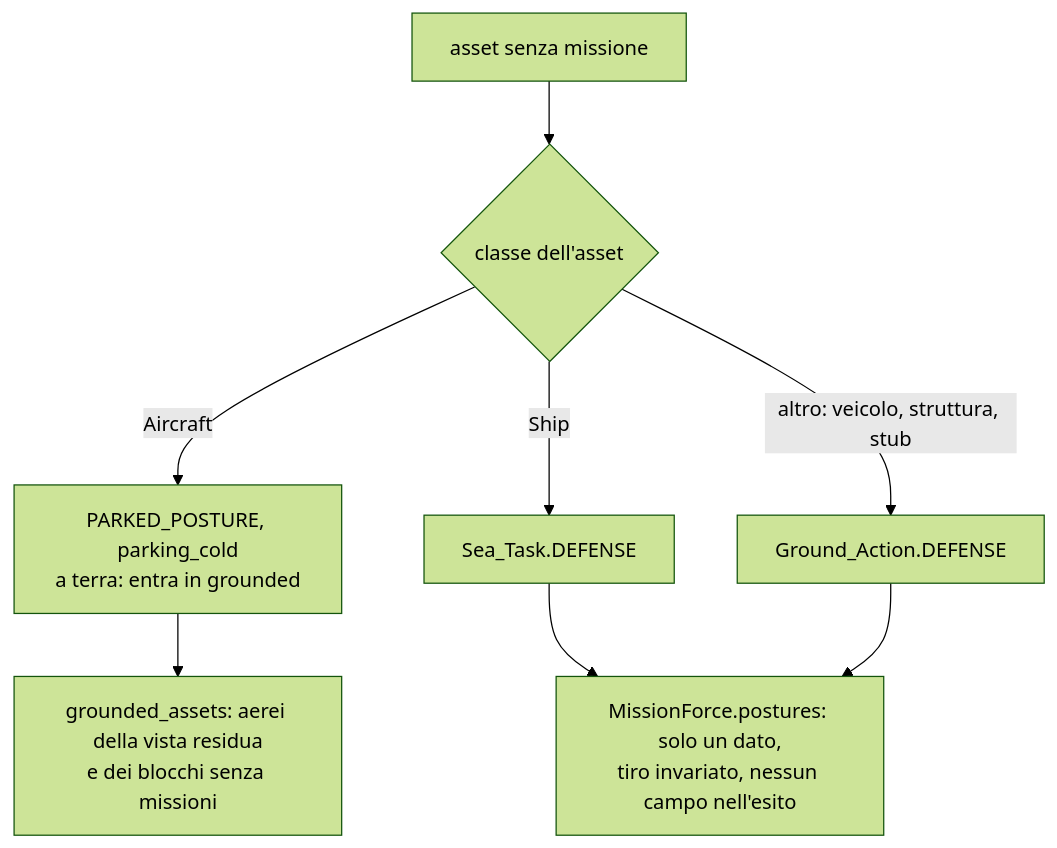
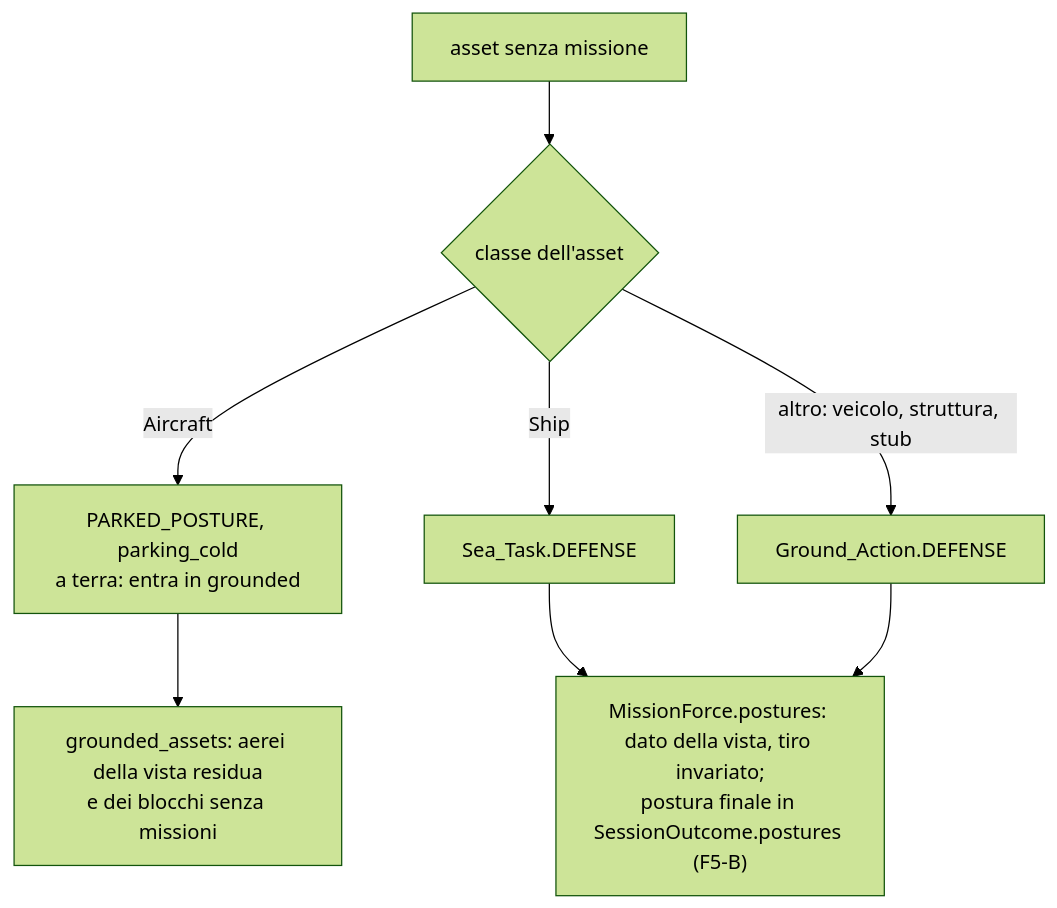
One commit to MakusIV/Warfare-Model changed the ninth of 12 diagrams in Analysis/Document/Manuale_Motore_DES/07_Orchestratore_Session_Simulator.md. Above: the diagram before and after it, drawn with Mermaid (forest theme). The commit also changed other lines of this file and 9 other files, not shown here.

````diff
--- a/Analysis/Document/Manuale_Motore_DES/07_Orchestratore_Session_Simulator.md
+++ b/Analysis/Document/Manuale_Motore_DES/07_Orchestratore_Session_Simulator.md
@@ -672,10 +770,10 @@
 ```mermaid
 flowchart TD
     A["asset senza missione"] --> C{"classe dell'asset"}
     C -->|Aircraft| P["PARKED_POSTURE, parking_cold<br/>a terra: entra in grounded"]
     C -->|Ship| S["Sea_Task.DEFENSE"]
     C -->|altro: veicolo, struttura, stub| G["Ground_Action.DEFENSE"]
     P --> GR["grounded_assets: aerei della vista residua<br/>e dei blocchi senza missioni"]
-    S --> PO["MissionForce.postures: solo un dato,<br/>tiro invariato, nessun campo nell'esito"]
+    S --> PO["MissionForce.postures: dato della vista, tiro invariato;<br/>postura finale in SessionOutcome.postures (F5-B)"]
     G --> PO
 ```
````
